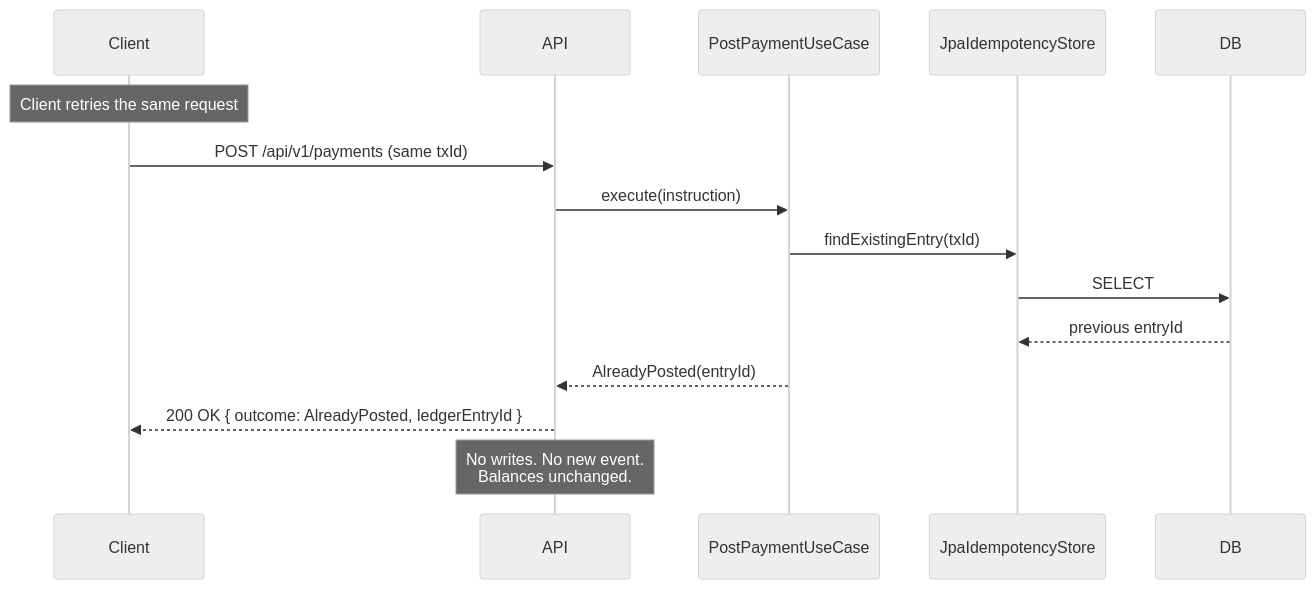
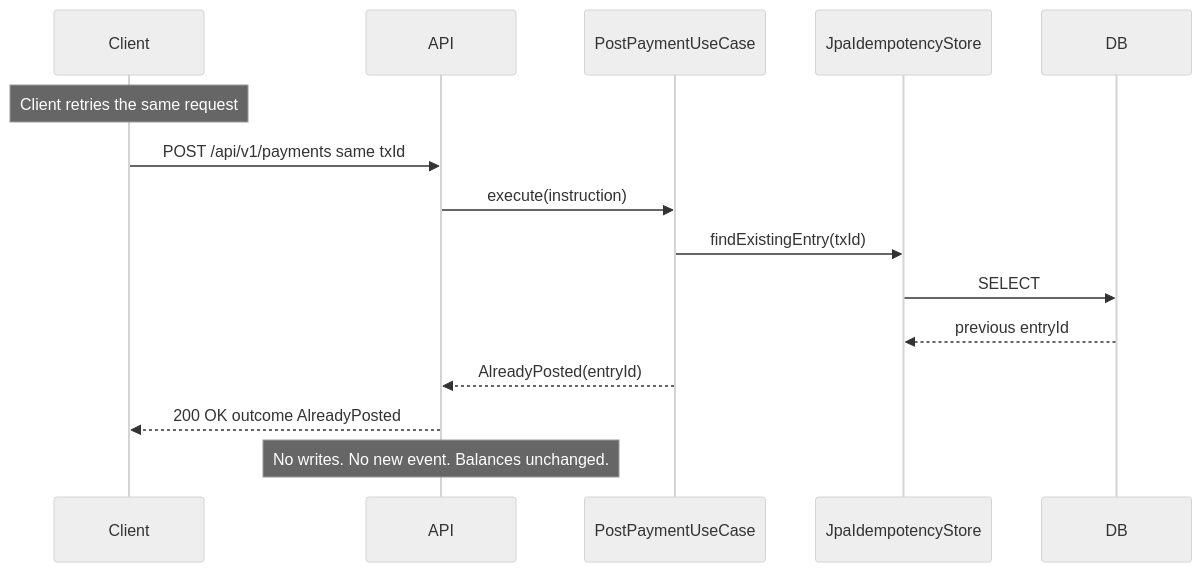
One commit to hafiz5007/payments-ledger-demo changed the second of 2 diagrams in docs/architecture.md. Above: the diagram before and after it, drawn with Mermaid (neutral theme). The commit also changed other lines of this file and 1 other file, not shown here.

Commit message:
Fix Mermaid diagrams — quote labels with special chars

````diff
--- a/docs/architecture.md
+++ b/docs/architecture.md
@@ -71,19 +71,19 @@
 ```mermaid
 sequenceDiagram
     participant Client
     participant API
     participant UseCase as PostPaymentUseCase
     participant Idem as JpaIdempotencyStore
     participant DB
 
     Note over Client: Client retries the same request
-    Client->>API: POST /api/v1/payments (same txId)
+    Client->>API: POST /api/v1/payments same txId
     API->>UseCase: execute(instruction)
     UseCase->>Idem: findExistingEntry(txId)
     Idem->>DB: SELECT
     DB-->>Idem: previous entryId
     UseCase-->>API: AlreadyPosted(entryId)
-    API-->>Client: 200 OK { outcome: AlreadyPosted, ledgerEntryId }
+    API-->>Client: 200 OK outcome AlreadyPosted
 
-    Note over API: No writes. No new event.<br/>Balances unchanged.
+    Note over API: No writes. No new event. Balances unchanged.
 ```
````
